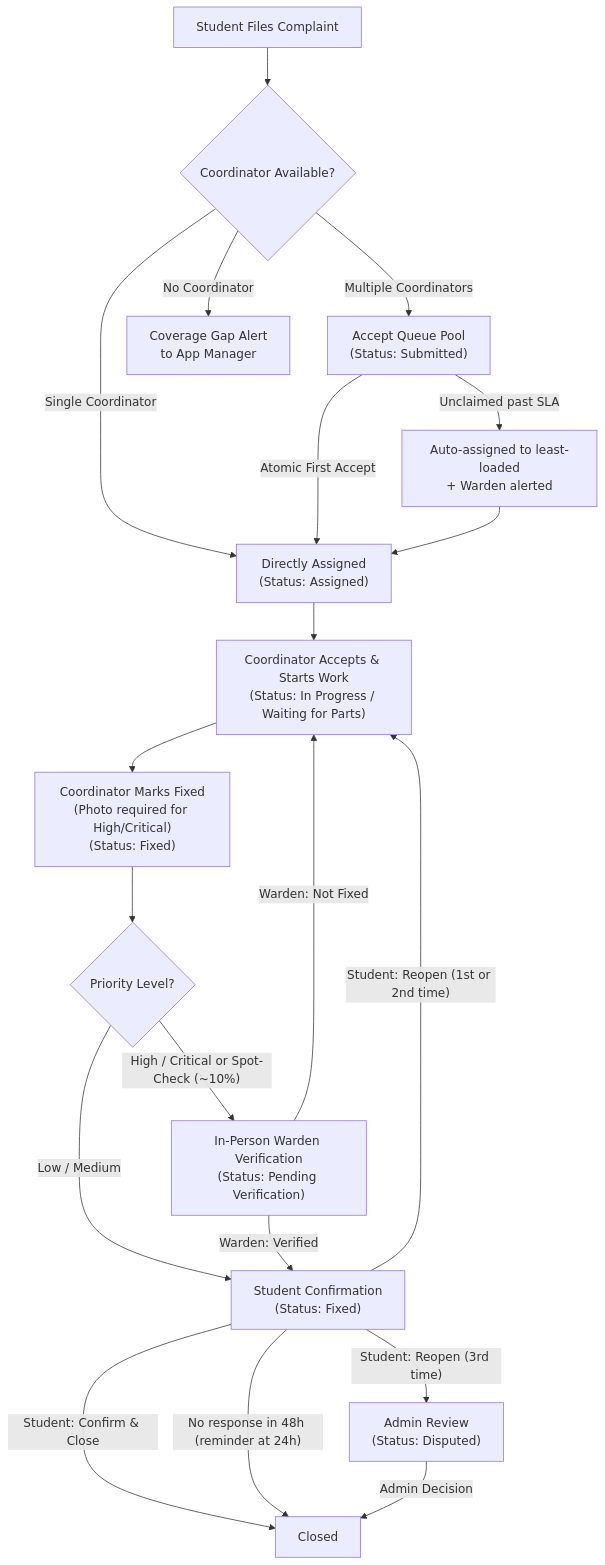
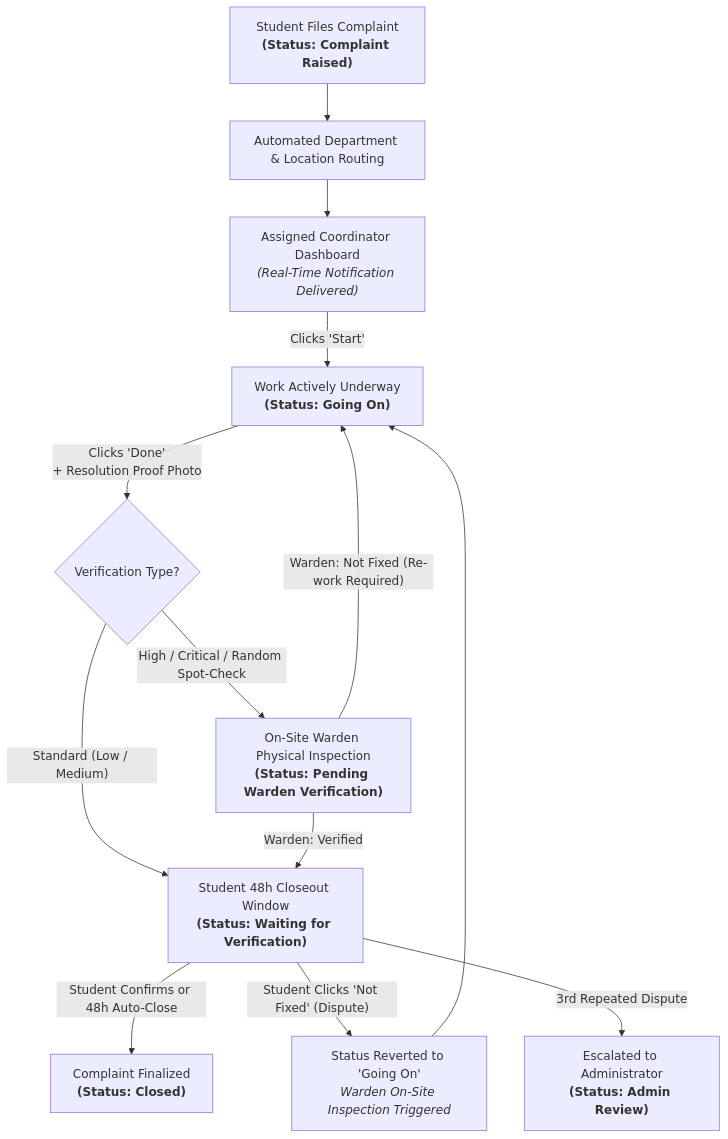
One commit to gowthame23/campus_pulse changed the diagram in README.md. Above: the diagram before and after it, drawn with Mermaid. The commit also changed other lines of this file and 28 other files, not shown here.

````diff
--- a/README.md
+++ b/README.md
@@ -11,26 +21,19 @@
 ```mermaid
 flowchart TD
-    A["Student Files Complaint"] --> B{"Coordinator Available?"}
-    B -- "Single Coordinator" --> C["Directly Assigned<br/>(Status: Assigned)"]
-    B -- "Multiple Coordinators" --> D["Accept Queue Pool<br/>(Status: Submitted)"]
-    B -- "No Coordinator" --> E["Coverage Gap Alert<br/>to App Manager"]
+    A["Student Files Complaint<br/><b>(Status: Complaint Raised)</b>"] --> B["Automated Department & Location Routing"]
+    B --> C["Assigned Coordinator Dashboard<br/><i>(Real-Time Notification Delivered)</i>"]
     
-    D -->|"Atomic First Accept"| C
-    D -->|"Unclaimed past SLA"| F["Auto-assigned to least-loaded<br/>+ Warden alerted"] --> C
+    C -->|"Clicks 'Start'"| D["Work Actively Underway<br/><b>(Status: Going On)</b>"]
     
-    C --> G["Coordinator Accepts & Starts Work<br/>(Status: In Progress / Waiting for Parts)"]
-    G --> H["Coordinator Marks Fixed<br/>(Photo required for High/Critical)<br/>(Status: Fixed)"]
+    D -->|"Clicks 'Done'<br/>+ Resolution Proof Photo"| E{"Verification Type?"}
     
-    H --> I{"Priority Level?"}
-    I -- "High / Critical or Spot-Check (~10%)" --> J["In-Person Warden Verification<br/>(Status: Pending Verification)"]
-    I -- "Low / Medium" --> K["Student Confirmation<br/>(Status: Fixed)"]
+    E -- "Standard (Low / Medium)" --> F["Student 48h Closeout Window<br/><b>(Status: Waiting for Verification)</b>"]
+    E -- "High / Critical / Random Spot-Check" --> G["On-Site Warden Physical Inspection<br/><b>(Status: Pending Warden Verification)</b>"]
     
-    J -- "Warden: Not Fixed" --> G
-    J -- "Warden: Verified" --> K
+    G -- "Warden: Not Fixed (Re-work Required)" --> D
+    G -- "Warden: Verified" --> F
     
-    K -->|"Student: Confirm & Close"| L["Closed"]
-    K -->|"No response in 48h (reminder at 24h)"| L
-    K -->|"Student: Reopen (1st or 2nd time)"| G
-    K -->|"Student: Reopen (3rd time)"| M["Admin Review<br/>(Status: Disputed)"]
-    M -->|"Admin Decision"| L
+    F -->|"Student Confirms or 48h Auto-Close"| H["Complaint Finalized<br/><b>(Status: Closed)</b>"]
+    F -->|"Student Clicks 'Not Fixed' (Dispute)"| I["Status Reverted to 'Going On'<br/><i>Warden On-Site Inspection Triggered</i>"] --> D
+    F -->|"3rd Repeated Dispute"| J["Escalated to Administrator<br/><b>(Status: Admin Review)</b>"]
 ```
````
